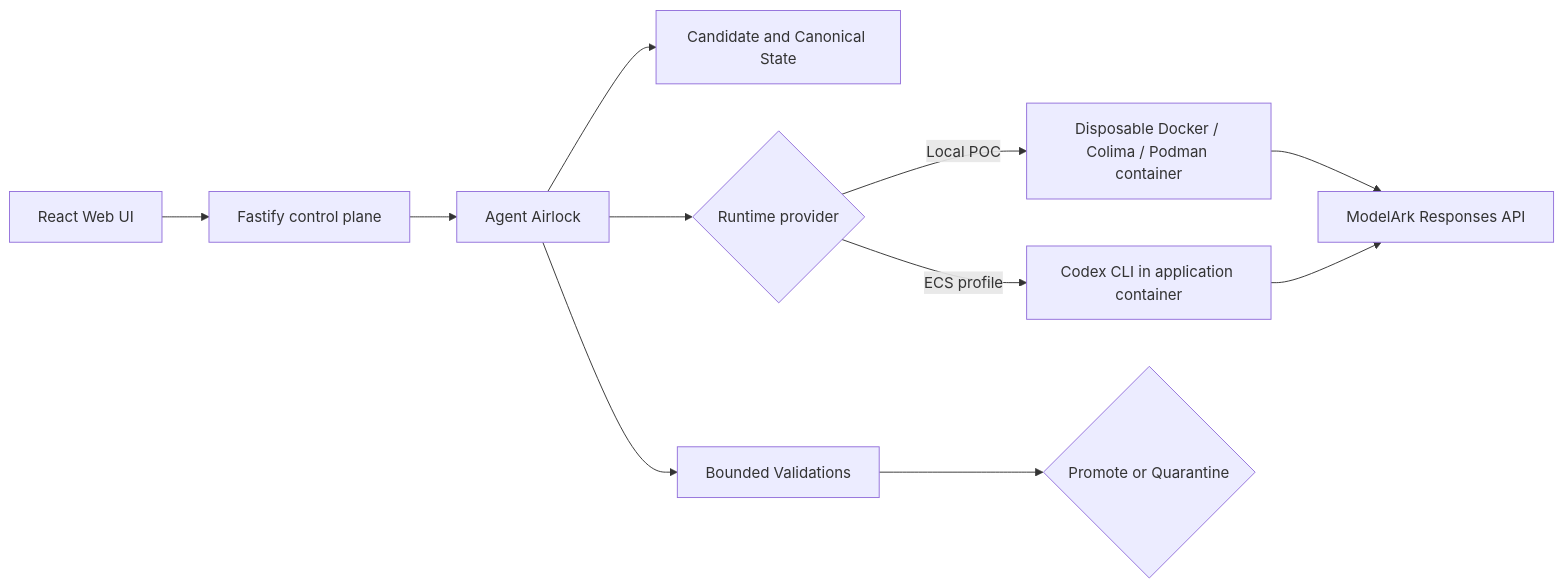
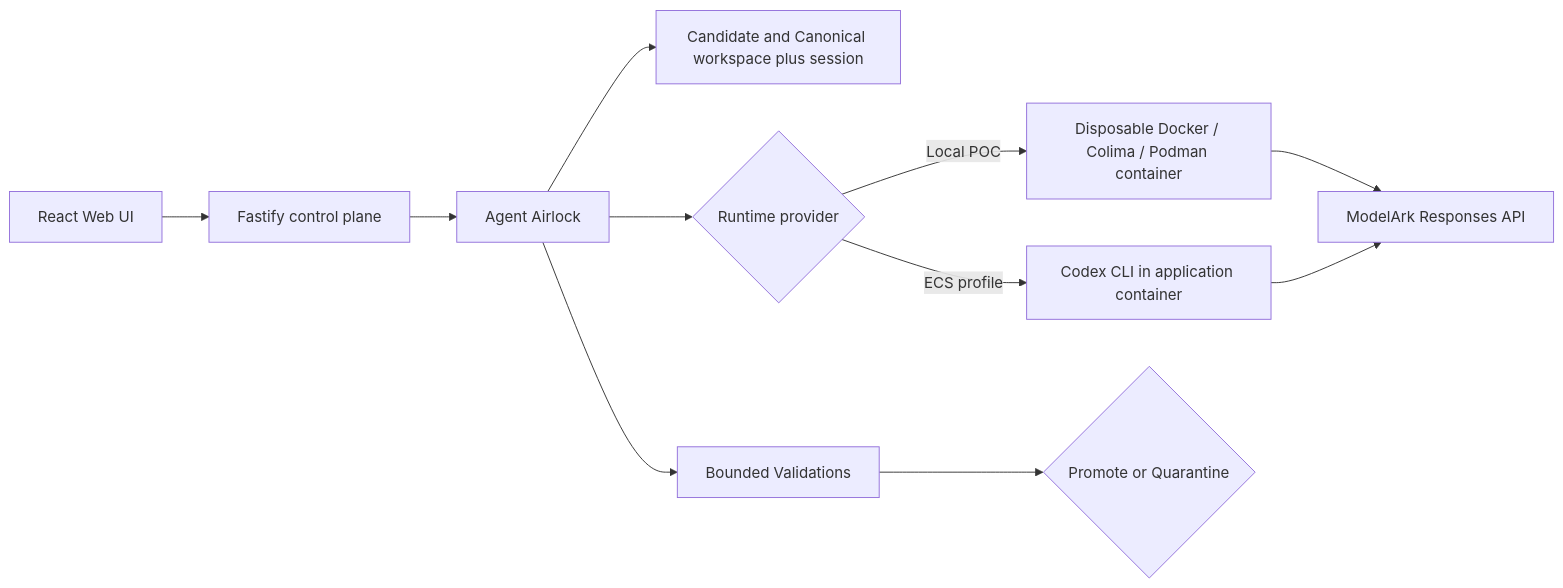
Before and after one commit to Kk120306/agent-airlock: the diagram in README.md, drawn with Mermaid. The commit also changed other lines of this file and 30 other files, not shown here.

````diff
--- a/README.md
+++ b/README.md
@@ -223,13 +223,13 @@
 ```mermaid
 flowchart LR
     UI["React Web UI"] --> API["Fastify control plane"]
     API --> Airlock["Agent Airlock"]
-    Airlock --> Store["Candidate and Canonical State"]
+    Airlock --> Store["Candidate and Canonical workspace plus session"]
     Airlock --> Runtime{"Runtime provider"}
     Runtime -->|Local POC| Container["Disposable Docker / Colima / Podman container"]
     Runtime -->|ECS profile| Codex["Codex CLI in application container"]
     Airlock --> Validate["Bounded Validations"]
     Validate --> Decision{"Promote or Quarantine"}
     Container --> Ark["ModelArk Responses API"]
     Codex --> Ark
 ```
````
